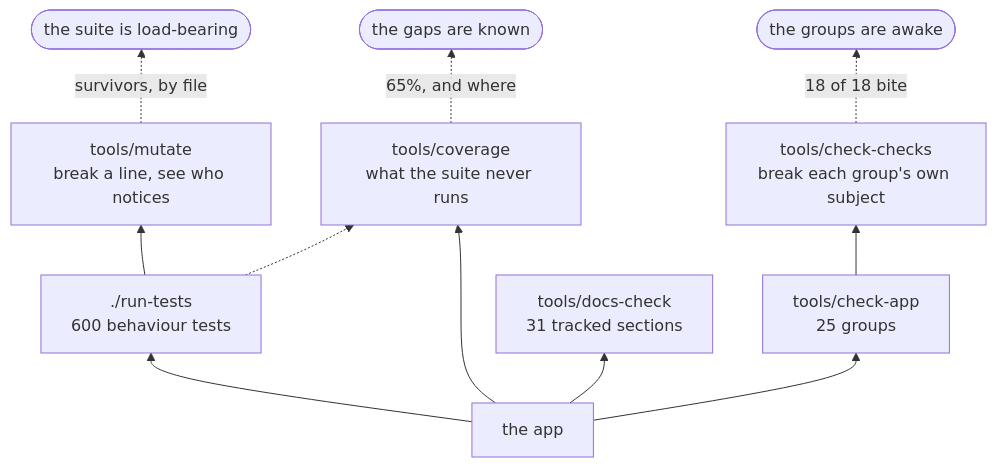
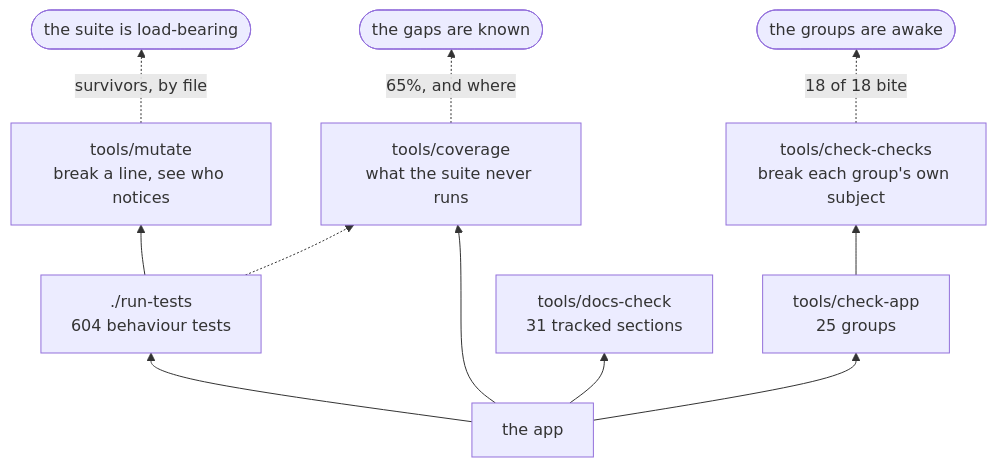
Before and after one commit to minormending/crystal-pilot-mobile: the second of 2 diagrams in docs/DEVELOPING.md, drawn with Mermaid. The commit also changed other lines of this file and 1 other file, not shown here.

````diff
--- a/docs/DEVELOPING.md
+++ b/docs/DEVELOPING.md
@@ -124,13 +124,13 @@
 ```mermaid
 flowchart BT
-    C["the app"] --> T["./run-tests<br/>600 behaviour tests"]
+    C["the app"] --> T["./run-tests<br/>604 behaviour tests"]
     C --> A["tools/check-app<br/>25 groups"]
     C --> D["tools/docs-check<br/>31 tracked sections"]
     C --> V["tools/coverage<br/>what the suite never runs"]
     T --> M["tools/mutate<br/>break a line, see who notices"]
     A --> K["tools/check-checks<br/>break each group's own subject"]
     T -.-> V
     M -.->|"survivors, by file"| R(["the suite is load-bearing"])
     K -.->|"18 of 18 bite"| R2(["the groups are awake"])
     V -.->|"65%, and where"| R3(["the gaps are known"])
 ```
````
